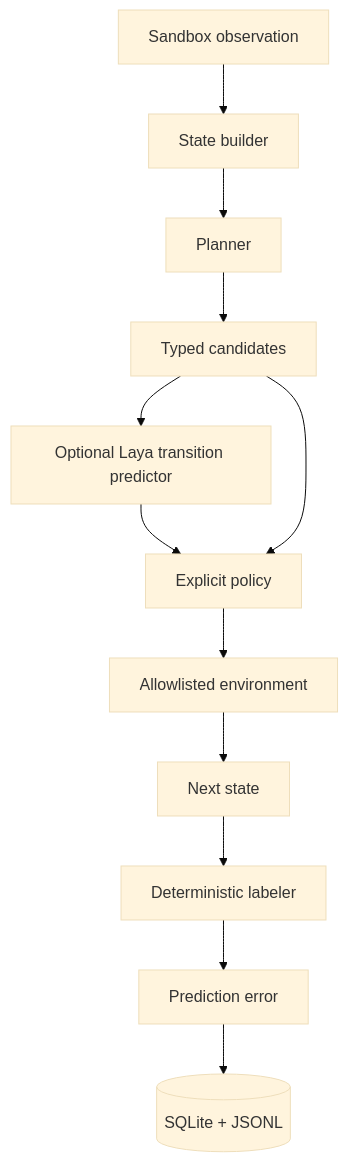
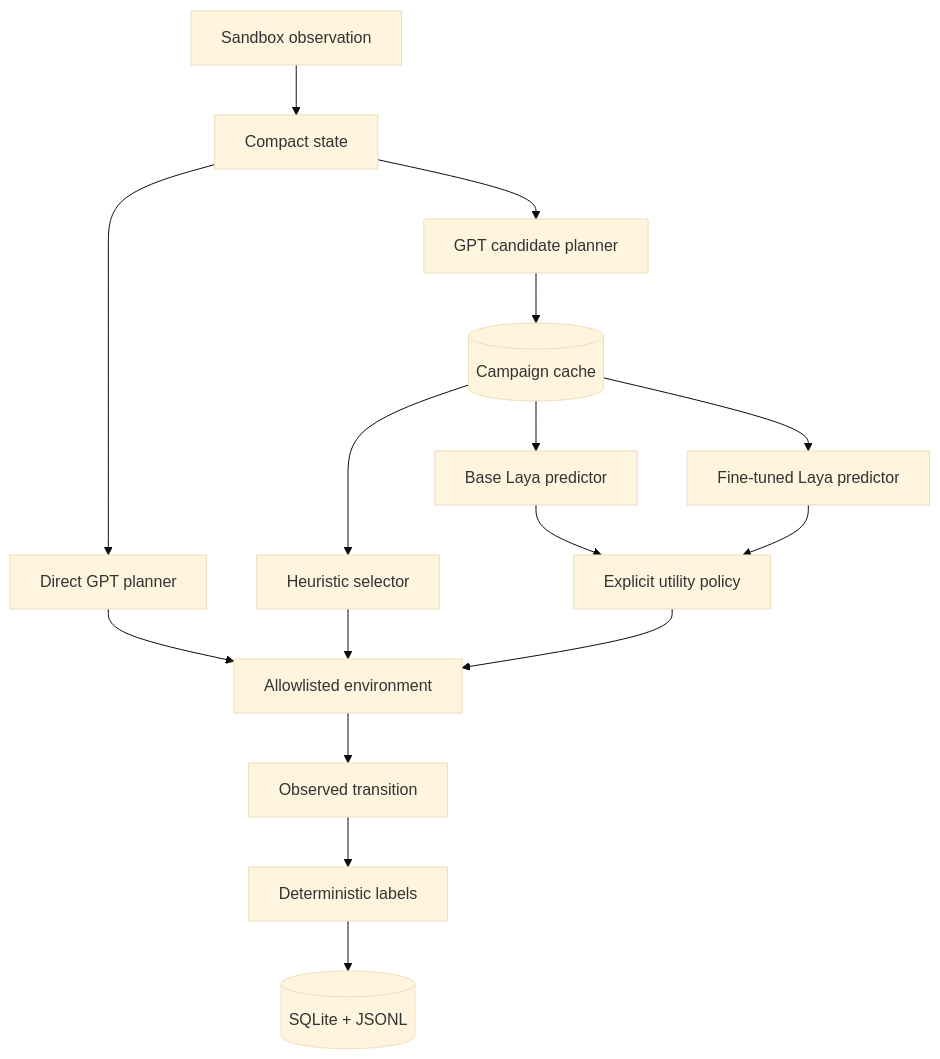
One commit to yassinebkr/near_agi changed the diagram in docs/ARCHITECTURE.md. Above: the diagram before and after it, drawn with Mermaid (base theme). The commit also changed other lines of this file and 14 other files, not shown here.

````diff
--- a/docs/ARCHITECTURE.md
+++ b/docs/ARCHITECTURE.md
@@ -3,14 +5,18 @@
 ```mermaid
 flowchart TD
-  O[Sandbox observation] --> S[State builder]
-  S --> P[Planner]
-  P --> C[Typed candidates]
-  C --> L[Optional Laya transition predictor]
-  L --> Y[Explicit policy]
-  C --> Y
-  Y --> E[Allowlisted environment]
-  E --> N[Next state]
-  N --> B[Deterministic labeler]
-  B --> X[Prediction error]
-  X --> T[(SQLite + JSONL)]
+  O[Sandbox observation] --> S[Compact state]
+  S --> D[Direct GPT planner]
+  S --> G[GPT candidate planner]
+  G --> K[(Campaign cache)]
+  K --> H[Heuristic selector]
+  K --> B[Base Laya predictor]
+  K --> F[Fine-tuned Laya predictor]
+  B --> P[Explicit utility policy]
+  F --> P
+  D --> E[Allowlisted environment]
+  H --> E
+  P --> E
+  E --> N[Observed transition]
+  N --> L[Deterministic labels]
+  L --> T[(SQLite + JSONL)]
 ```
````
